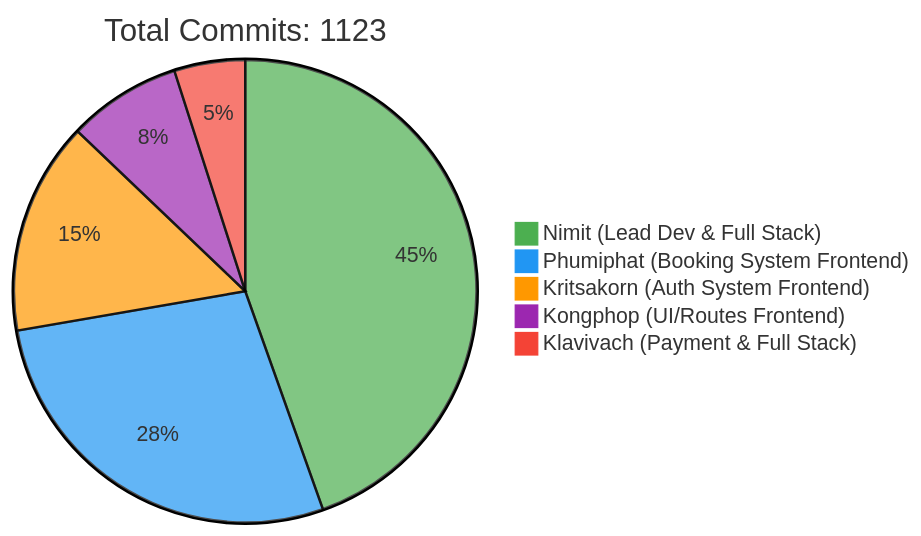
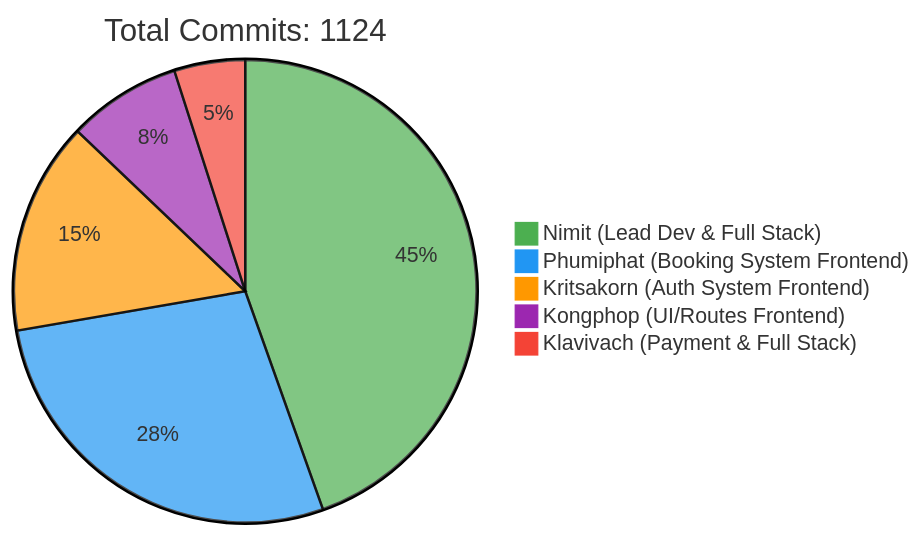
One commit to 6531503042/Sport-Complex changed the first of 2 diagrams in README.md. Above: the diagram before and after it, drawn with Mermaid. The commit also changed other lines of this file, not shown here.

Commit message:
docs: Update contributor statistics [skip ci]

````diff
--- a/README.md
+++ b/README.md
@@ -257,10 +257,10 @@
 ```mermaid
 %%{init: {'theme': 'base', 'themeVariables': { 'pie1': '#4CAF50', 'pie2': '#2196F3', 'pie3': '#FF9800', 'pie4': '#9C27B0', 'pie5': '#F44336'}}}%%
 pie
-    title Total Commits: 1123
+    title Total Commits: 1124
     "Nimit (Lead Dev & Full Stack)" : 450
     "Phumiphat (Booking System Frontend)" : 280
     "Kritsakorn (Auth System Frontend)" : 150
     "Kongphop (UI/Routes Frontend)" : 80
     "Klavivach (Payment & Full Stack)" : 50
 ```
````
